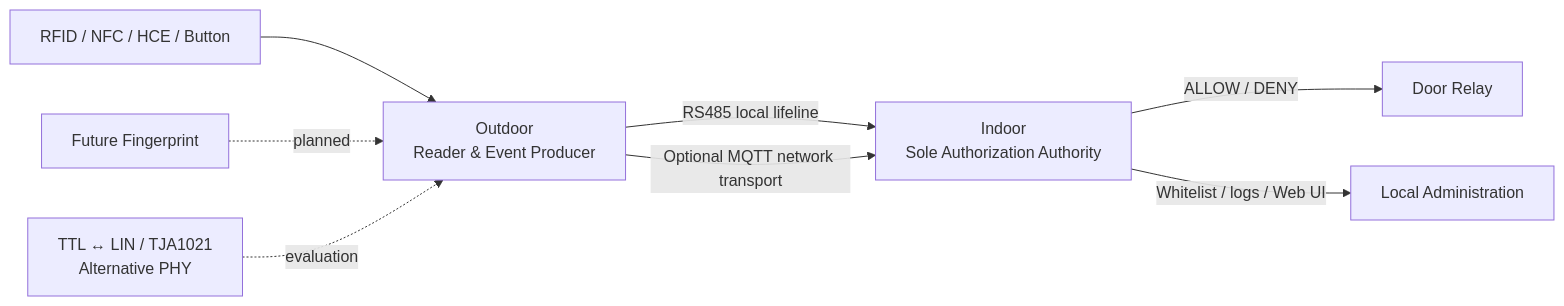
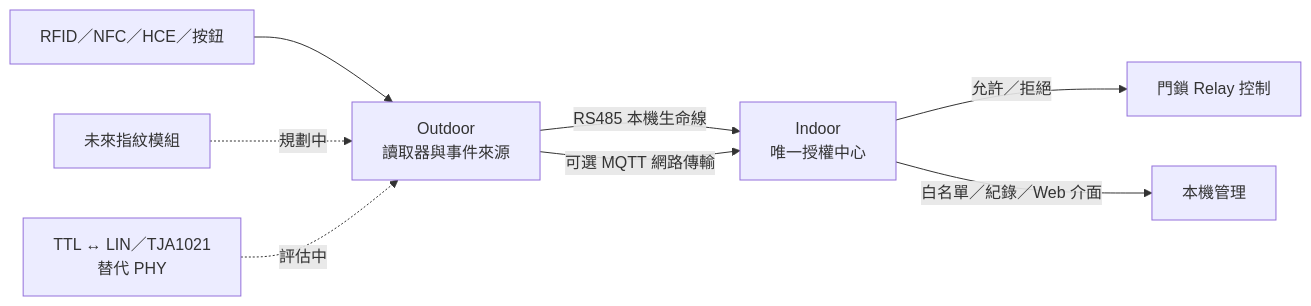
The diagram in README.md (masini1491/access-control-system-showcase), drawn with Mermaid before and after one commit. The commit also changed other lines of this file and 4 other files, not shown here.

````diff
--- a/README.md
+++ b/README.md
@@ -9,10 +9,10 @@
 ```mermaid
 flowchart LR
-    RFID[RFID / NFC / HCE / Button] --> Outdoor[Outdoor<br/>Reader & Event Producer]
-    Fingerprint[Future Fingerprint] -. planned .-> Outdoor
-    Outdoor -->|RS485 local lifeline| Indoor[Indoor<br/>Sole Authorization Authority]
-    Outdoor -->|Optional MQTT network transport| Indoor
-    Indoor -->|ALLOW / DENY| Relay[Door Relay]
-    Indoor -->|Whitelist / logs / Web UI| Admin[Local Administration]
-    LIN[TTL ↔ LIN / TJA1021<br/>Alternative PHY] -. evaluation .-> Outdoor
+    RFID[RFID／NFC／HCE／按鈕] --> Outdoor[Outdoor<br/>讀取器與事件來源]
+    Fingerprint[未來指紋模組] -. 規劃中 .-> Outdoor
+    Outdoor -->|RS485 本機生命線| Indoor[Indoor<br/>唯一授權中心]
+    Outdoor -->|可選 MQTT 網路傳輸| Indoor
+    Indoor -->|允許／拒絕| Relay[門鎖 Relay 控制]
+    Indoor -->|白名單／紀錄／Web 介面| Admin[本機管理]
+    LIN[TTL ↔ LIN／TJA1021<br/>替代 PHY] -. 評估中 .-> Outdoor
 ```
````
